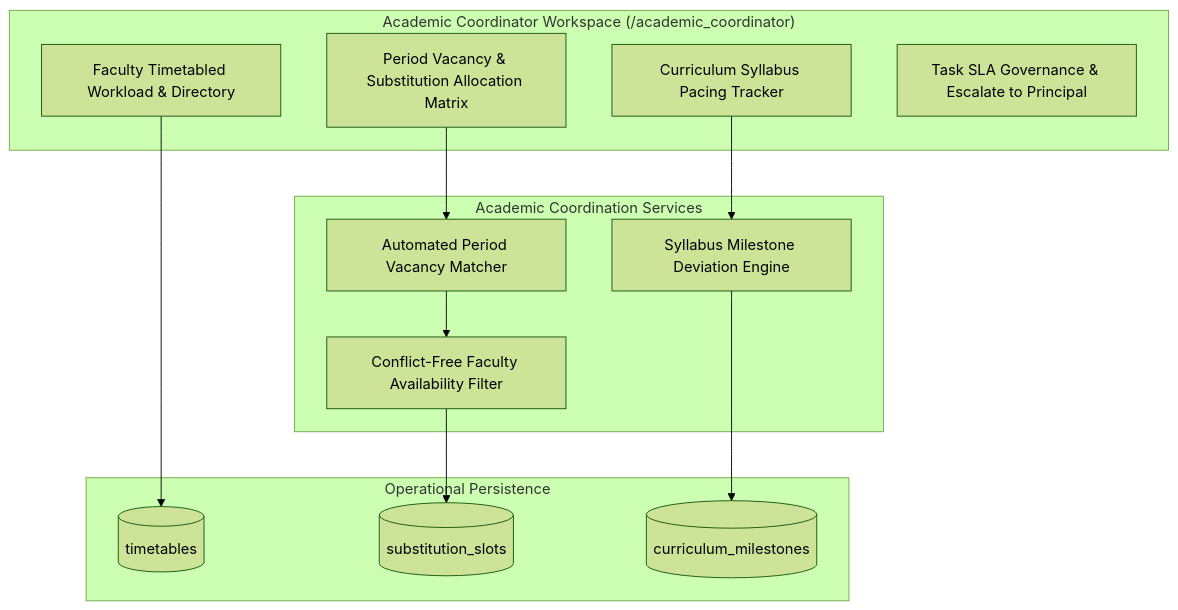
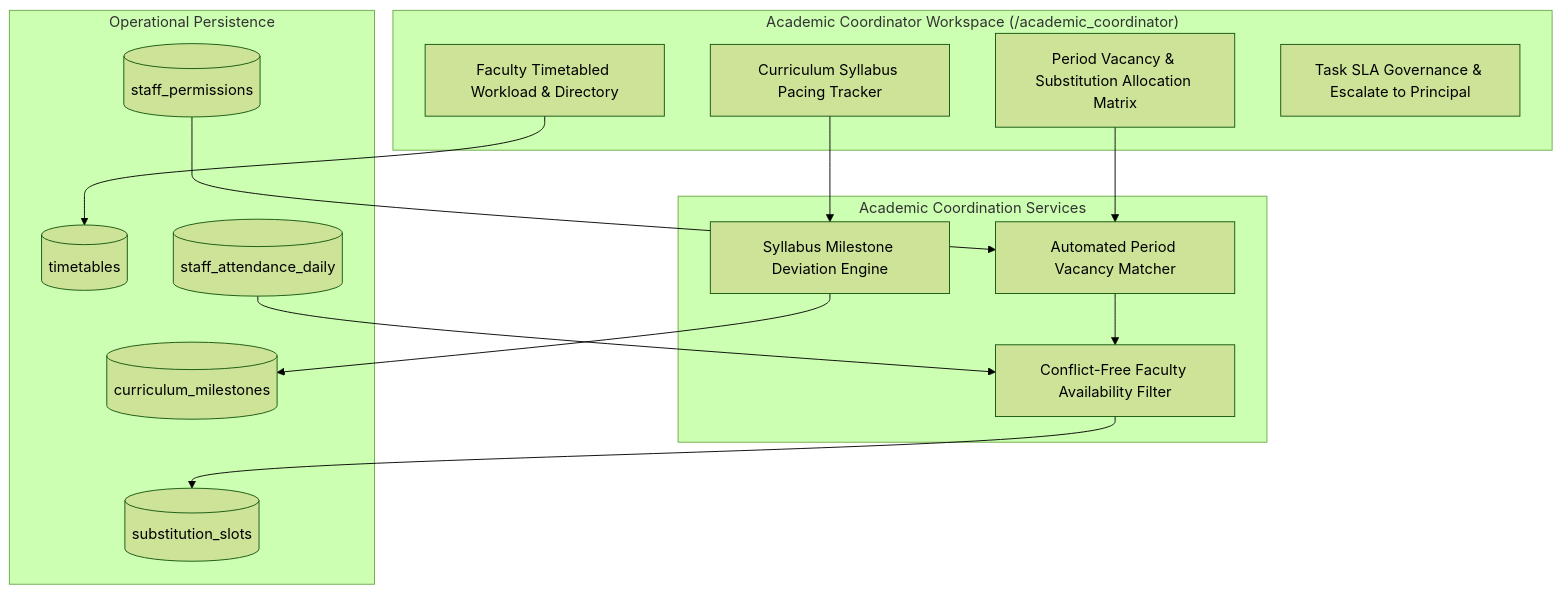
One commit to DiradzProducts/EDU360 changed diagram 17 of 19 in docs/architecture/ROLE_WISE_ARCHITECTURE_AND_WORKFLOWS.md. Above: the diagram before and after it, drawn with Mermaid (forest theme). The commit also changed other lines of this file and 6 other files, not shown here.

Commit message:
docs(architecture): synchronize role-wise workflows with payroll LOP, batch exam schedules, and clock engine (v8.5)

````diff
--- a/docs/architecture/ROLE_WISE_ARCHITECTURE_AND_WORKFLOWS.md
+++ b/docs/architecture/ROLE_WISE_ARCHITECTURE_AND_WORKFLOWS.md
@@ -624,25 +698,29 @@
 ```mermaid
 graph TD
     subgraph AcadWorkspace ["Academic Coordinator Workspace (/academic_coordinator)"]
         UI_SUB_MATRIX["Period Vacancy & Substitution Allocation Matrix"]
         UI_PACING_RADAR["Curriculum Syllabus Pacing Tracker"]
         UI_FACULTY_ROSTER["Faculty Timetabled Workload & Directory"]
         UI_SLA_ESCALATE["Task SLA Governance & Escalate to Principal"]
     end
 
     subgraph AcadEngines ["Academic Coordination Services"]
         VACANCY_DETECT["Automated Period Vacancy Matcher"]
         PROXY_FILTER["Conflict-Free Faculty Availability Filter"]
         PACING_CALC["Syllabus Milestone Deviation Engine"]
     end
 
     subgraph AcadData ["Operational Persistence"]
         DB_TIMETABLE[("timetables")]
         DB_SUBS[("substitution_slots")]
+        DB_STAFF_LEAVES[("staff_permissions")]
+        DB_STAFF_ATT[("staff_attendance_daily")]
         DB_SYLLABUS[("curriculum_milestones")]
     end
 
     UI_SUB_MATRIX --> VACANCY_DETECT --> PROXY_FILTER --> DB_SUBS
+    DB_STAFF_LEAVES --> VACANCY_DETECT
+    DB_STAFF_ATT --> PROXY_FILTER
     UI_PACING_RADAR --> PACING_CALC --> DB_SYLLABUS
     UI_FACULTY_ROSTER --> DB_TIMETABLE
 ```
````
